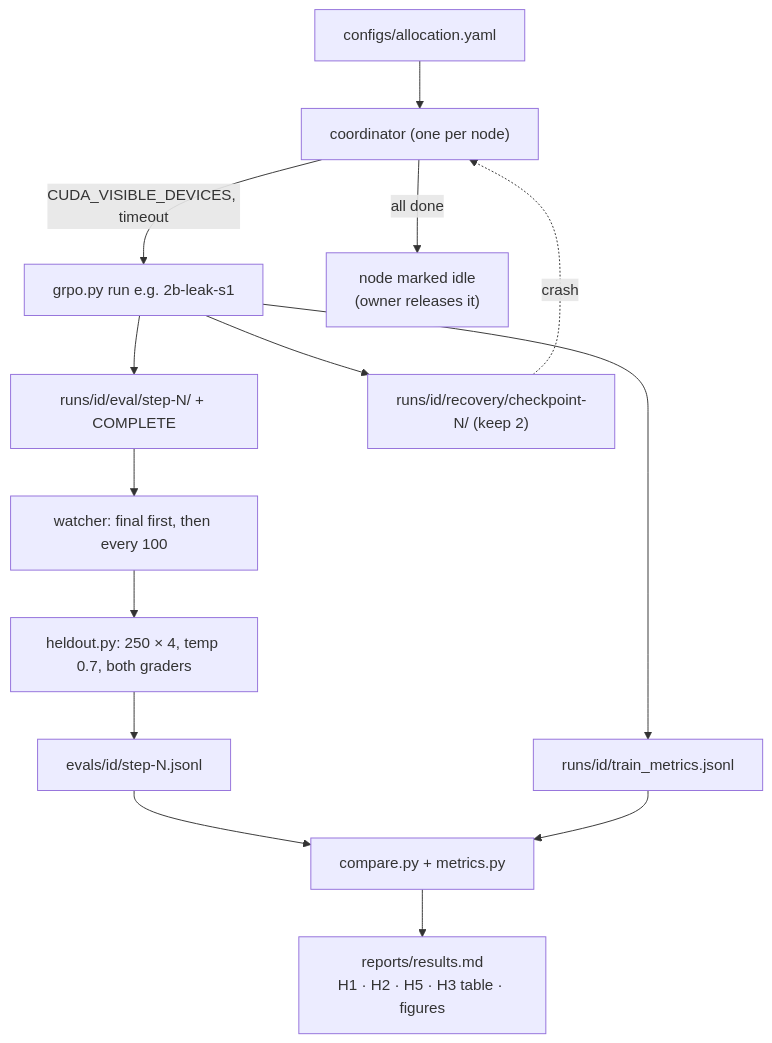
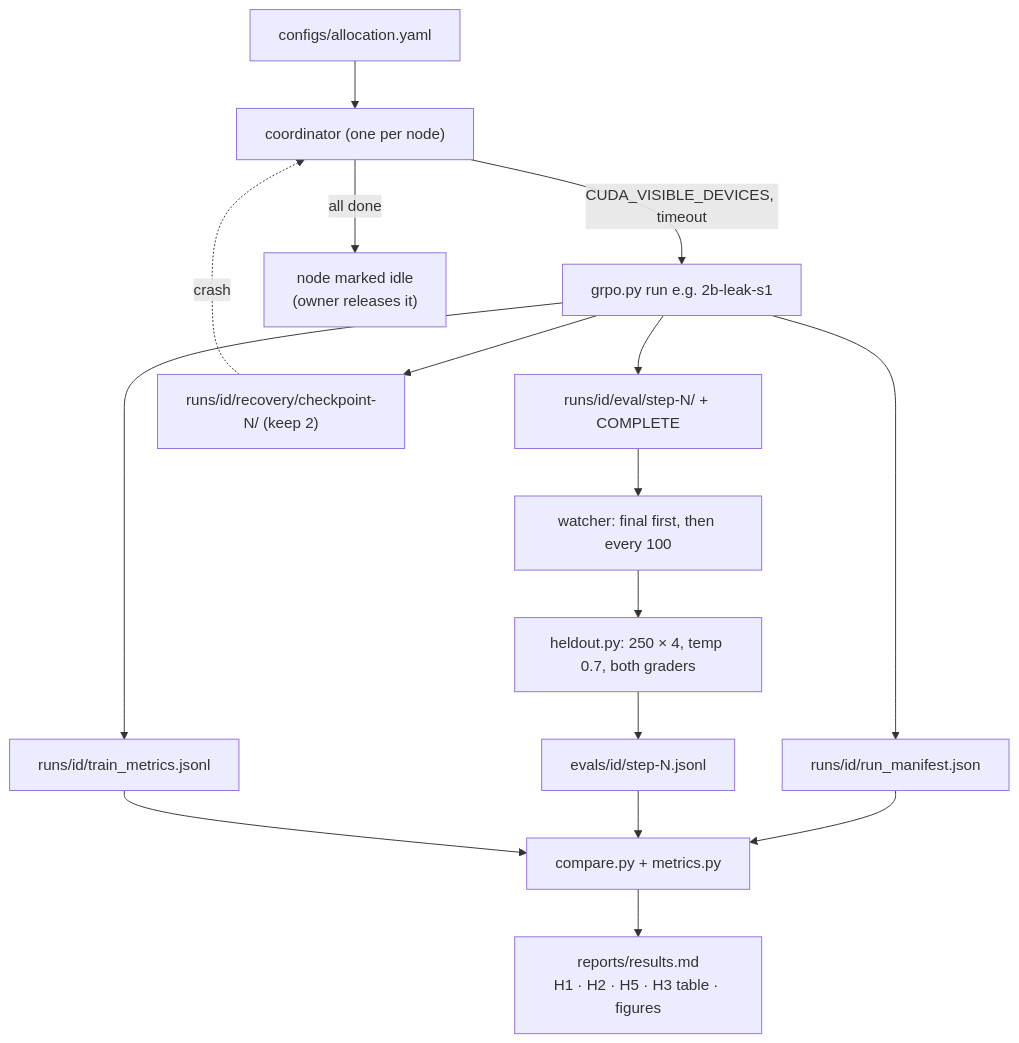
One commit to codexceed/rl-env-lab changed the sixth of 7 diagrams in ARCHITECTURE.md. Above: the diagram before and after it, drawn with Mermaid. The commit also changed other lines of this file and 3 other files, not shown here.

````diff
--- a/ARCHITECTURE.md
+++ b/ARCHITECTURE.md
@@ -163,16 +163,18 @@
 ```mermaid
 flowchart TD
   AL["configs/allocation.yaml"] --> CO["coordinator (one per node)"]
   CO -->|"CUDA_VISIBLE_DEVICES, timeout"| RUN["grpo.py run e.g. 2b-leak-s1"]
   RUN --> EW["runs/id/eval/step-N/ + COMPLETE"]
   RUN --> RC["runs/id/recovery/checkpoint-N/ (keep 2)"]
   RUN --> TM["runs/id/train_metrics.jsonl"]
+  RUN --> MF["runs/id/run_manifest.json"]
+  MF --> CMP
   RC -.->|crash| CO
   EW --> WA["watcher: final first, then every 100"]
   WA --> HO["heldout.py: 250 × 4, temp 0.7, both graders"]
   HO --> EJ["evals/id/step-N.jsonl"]
   EJ --> CMP["compare.py + metrics.py"]
   TM --> CMP
   CMP --> RES["reports/results.md<br/>H1 · H2 · H5 · H3 table · figures"]
   CO -->|"all done"| IDLE["node marked idle<br/>(owner releases it)"]
 ```
````
